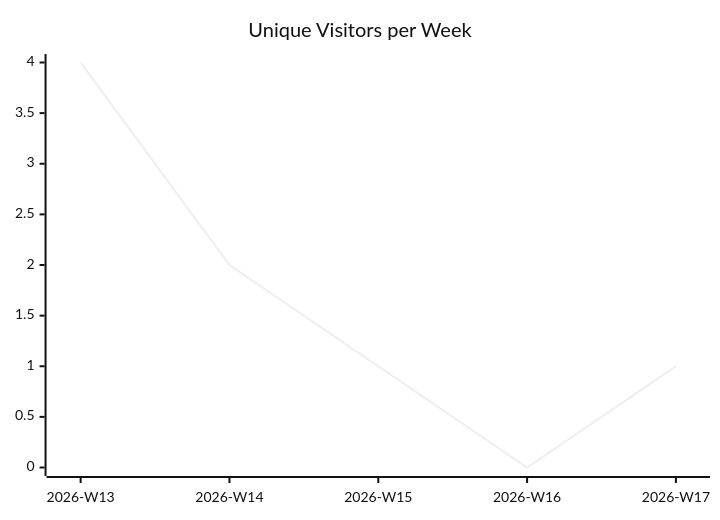
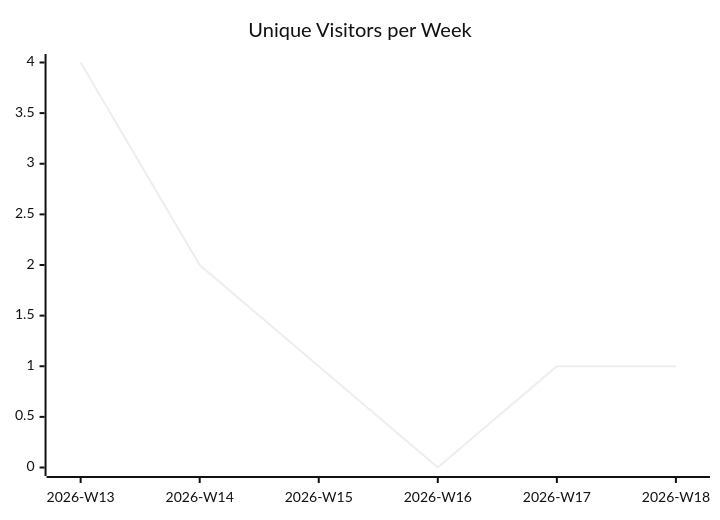
Before and after one commit to justdavis-family/github-analytics-data: the first of 3 diagrams in karlmdavis/xmlpull/README.md, drawn with Mermaid (neutral theme). The commit also changed other lines of this file and 184 other files, not shown here.

````diff
--- a/karlmdavis/xmlpull/README.md
+++ b/karlmdavis/xmlpull/README.md
@@ -5,6 +5,6 @@
 ```mermaid
 xychart-beta
   title "Unique Visitors per Week"
-  x-axis ["2026-W13", "2026-W14", "2026-W15", "2026-W16", "2026-W17"]
-  line [4, 2, 1, 0, 1]
+  x-axis ["2026-W13", "2026-W14", "2026-W15", "2026-W16", "2026-W17", "2026-W18"]
+  line [4, 2, 1, 0, 1, 1]
 ```
````
